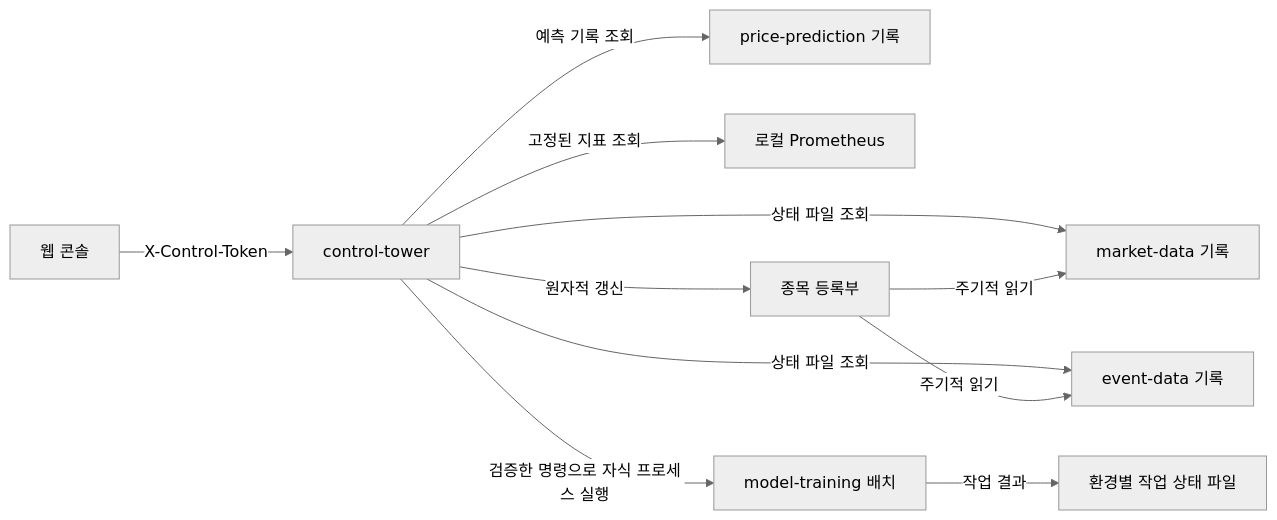
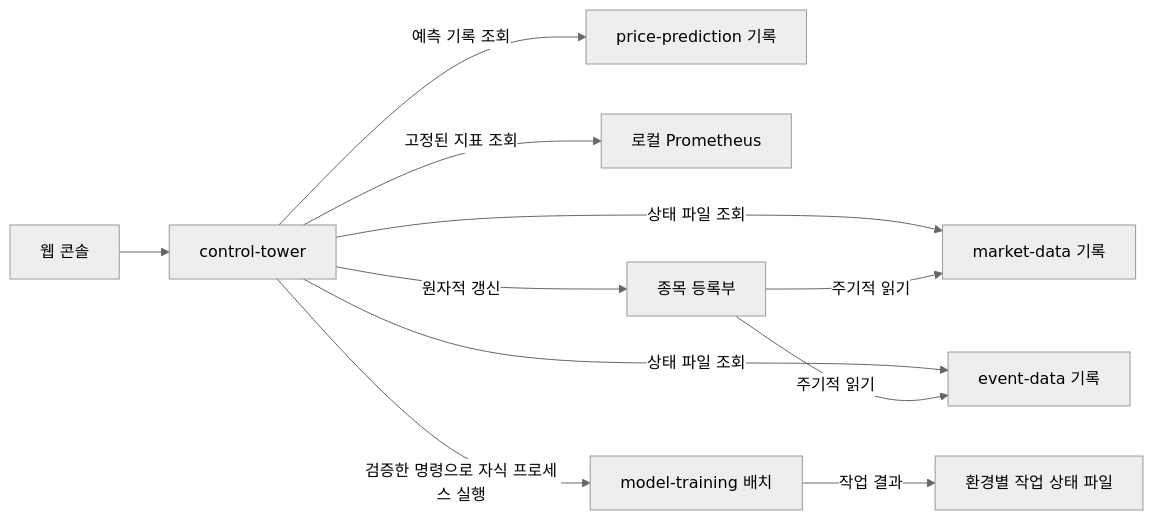
Before and after one commit to ShinYEB/Auto-helm: the diagram in docs/lld/05-control-tower.md, drawn with Mermaid (neutral theme). The commit also changed other lines of this file and 11 other files, not shown here.

````diff
--- a/docs/lld/05-control-tower.md
+++ b/docs/lld/05-control-tower.md
@@ -11,13 +11,13 @@
 ```mermaid
 flowchart LR
-    UI["웹 콘솔"] -->|"X-Control-Token"| CT["control-tower"]
+    UI["웹 콘솔"] --> CT["control-tower"]
     CT -->|"상태 파일 조회"| MARKET["market-data 기록"]
     CT -->|"상태 파일 조회"| EVENT["event-data 기록"]
     CT -->|"예측 기록 조회"| PRED["price-prediction 기록"]
     CT -->|"고정된 지표 조회"| PROM["로컬 Prometheus"]
     CT -->|"검증한 명령으로 자식 프로세스 실행"| TRAIN["model-training 배치"]
     TRAIN -->|"작업 결과"| JOB["환경별 작업 상태 파일"]
     CT -->|"원자적 갱신"| WATCH["종목 등록부"]
     WATCH -->|"주기적 읽기"| MARKET
     WATCH -->|"주기적 읽기"| EVENT
 ```
````
